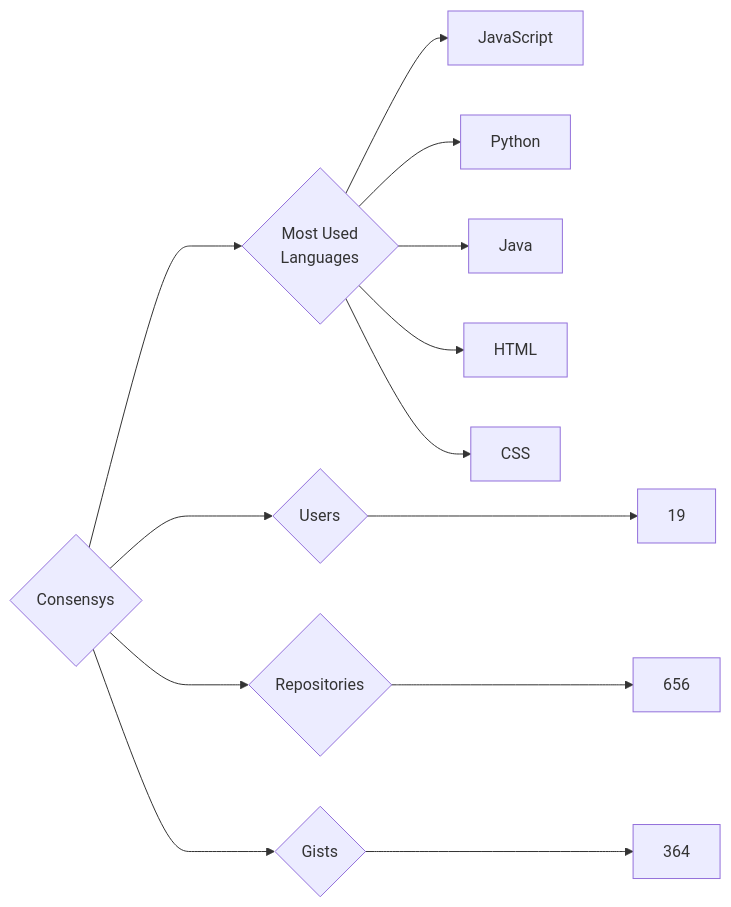
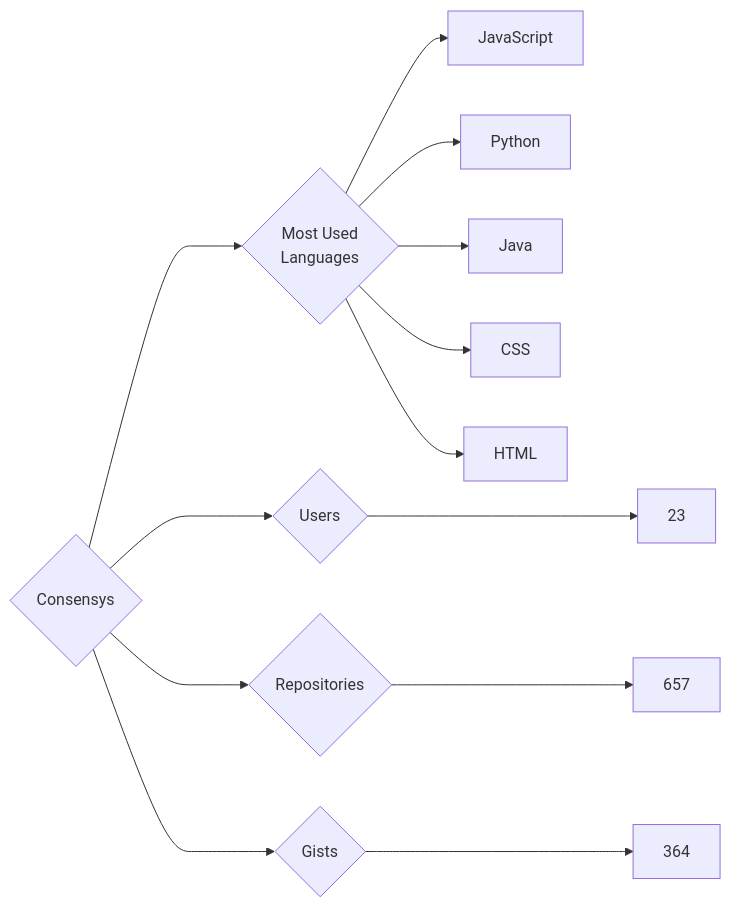
Before and after one commit to trickest/insiders: the diagram in targets/Consensys/README.md, drawn with Mermaid. The commit also changed 676 other files, not shown here.

````diff
--- a/targets/Consensys/README.md
+++ b/targets/Consensys/README.md
@@ -3,13 +3,13 @@
 ```mermaid
 graph LR
 COMPANY_NAME{Consensys}
-COMPANY_NAME ---> U{Users} ---> UN[19]
-COMPANY_NAME ---> R{Repositories} ---> RN[656]
+COMPANY_NAME ---> U{Users} ---> UN[23]
+COMPANY_NAME ---> R{Repositories} ---> RN[657]
 COMPANY_NAME ---> G{Gists} ---> GN[364]
 COMPANY_NAME ---> ML{Most Used<br>Languages}
 ML --> JavaScript[JavaScript]
 ML --> Python[Python]
 ML --> Java[Java]
+ML --> CSS[CSS]
 ML --> HTML[HTML]
-ML --> CSS[CSS]
 ```
````
